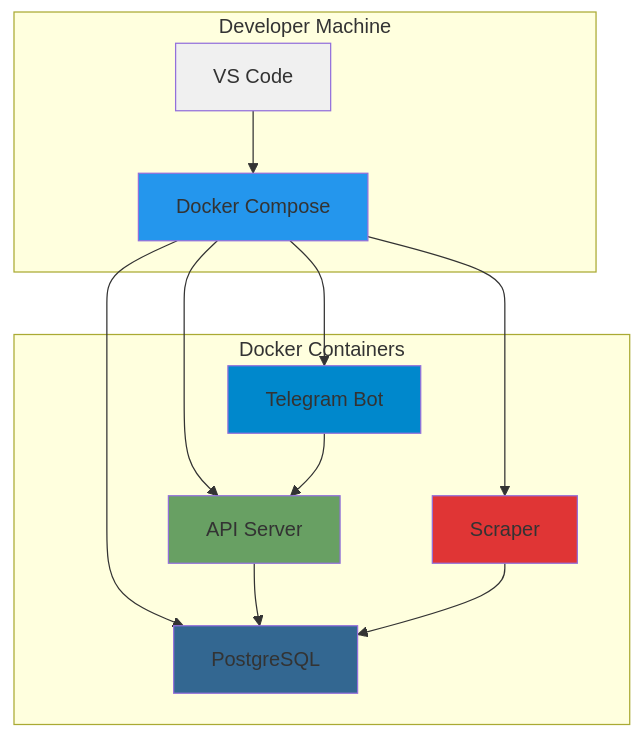
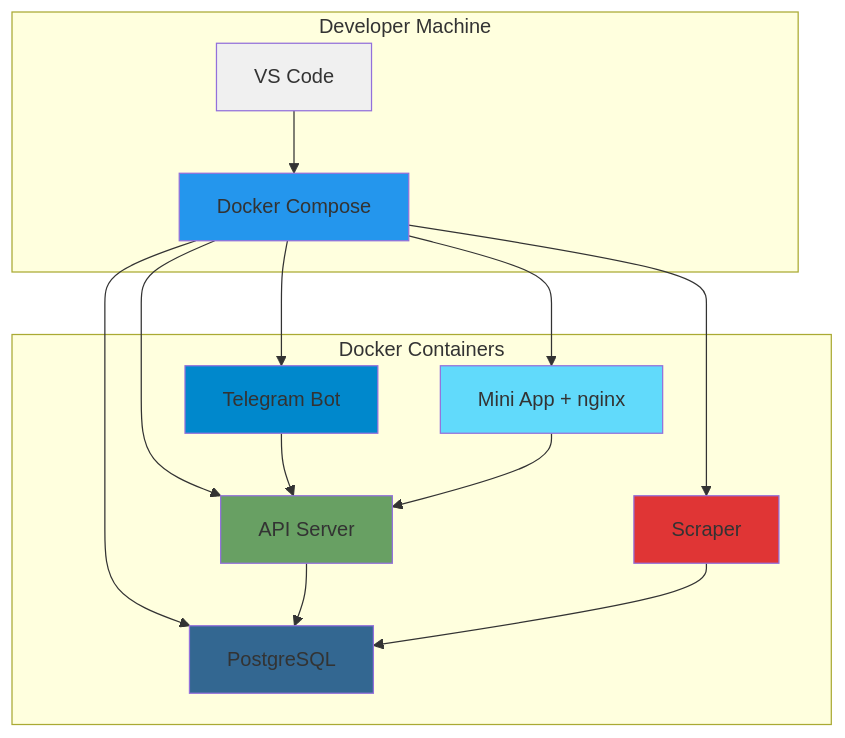
The sixth of 10 diagrams in plans/02-system-architecture.md (Zenderg/hookah-wishlist), drawn with Mermaid before and after one commit. The commit also changed other lines of this file and 17 other files, not shown here.

````diff
--- a/plans/02-system-architecture.md
+++ b/plans/02-system-architecture.md
@@ -366,30 +378,34 @@
 ```mermaid
 graph TB
     subgraph "Developer Machine"
         DEV[VS Code]
         DC[Docker Compose]
     end
     
     subgraph "Docker Containers"
         API_DEV[API Server]
         DB_DEV[PostgreSQL]
         SCRAPER_DEV[Scraper]
         BOT_DEV[Telegram Bot]
+        MINI_DEV[Mini App + nginx]
     end
     
     DEV --> DC
     DC --> API_DEV
     DC --> DB_DEV
     DC --> SCRAPER_DEV
     DC --> BOT_DEV
+    DC --> MINI_DEV
     API_DEV --> DB_DEV
     SCRAPER_DEV --> DB_DEV
     BOT_DEV --> API_DEV
+    MINI_DEV --> API_DEV
     
     style DEV fill:#f0f0f0
     style DC fill:#2496ed
     style API_DEV fill:#68a063
     style DB_DEV fill:#336791
     style SCRAPER_DEV fill:#e03535
     style BOT_DEV fill:#0088cc
+    style MINI_DEV fill:#61dafb
 ```
````
